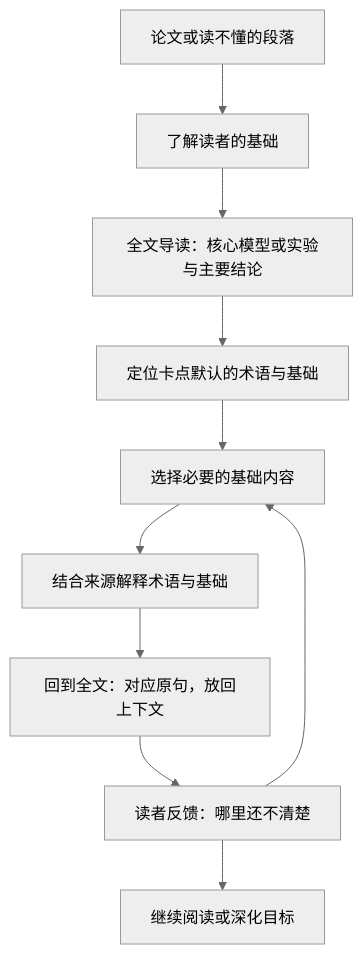
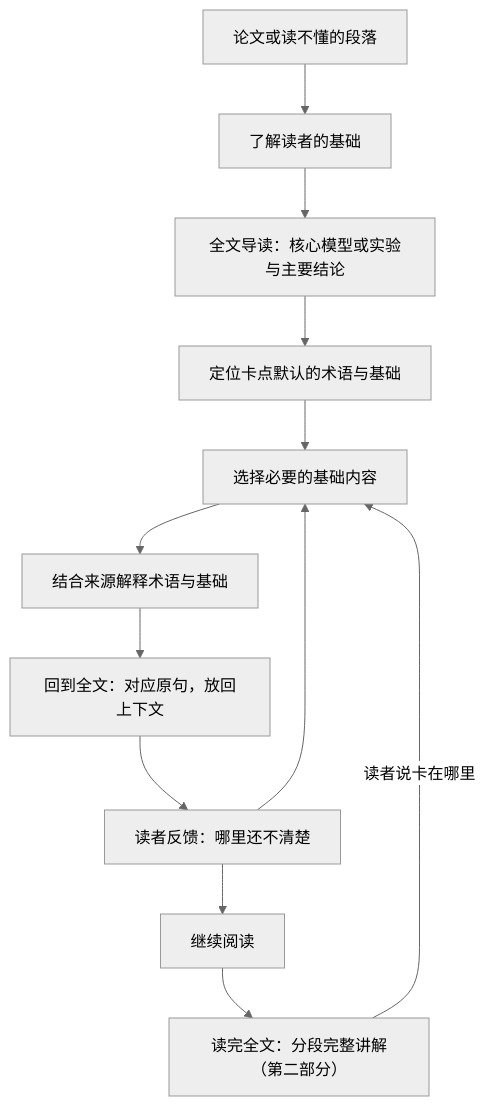
One commit to relativity143/an-agent-for-paper-reading changed the diagram in README.zh-CN.md. Above: the diagram before and after it, drawn with Mermaid (neutral theme). The commit also changed other lines of this file and 2 other files, not shown here.

````diff
--- a/README.zh-CN.md
+++ b/README.zh-CN.md
@@ -67,12 +70,14 @@
 ```mermaid
 flowchart TD
     A[论文或读不懂的段落] --> C[了解读者的基础]
     C --> O[全文导读：核心模型或实验与主要结论]
     O --> B[定位卡点默认的术语与基础]
     B --> D[选择必要的基础内容]
     D --> E[结合来源解释术语与基础]
     E --> F[回到全文：对应原句，放回上下文]
     F --> G[读者反馈：哪里还不清楚]
     G --> D
-    G --> H[继续阅读或深化目标]
+    G --> H[继续阅读]
+    H --> P[读完全文：分段完整讲解（第二部分）]
+    P -->|读者说卡在哪里| D
 ```
````
